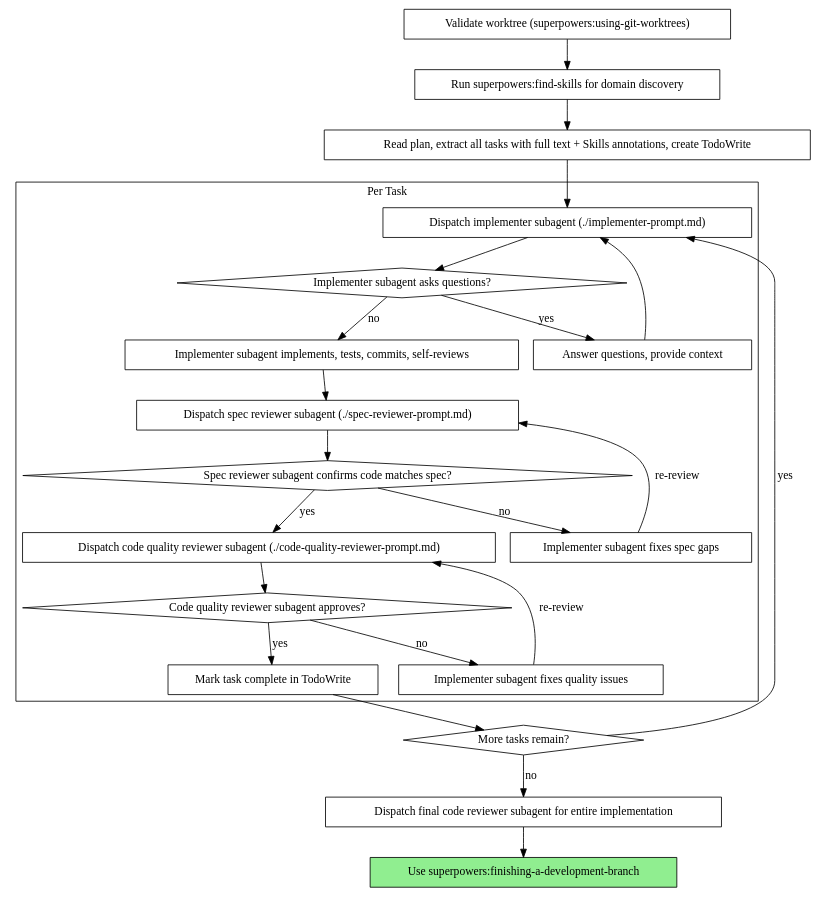
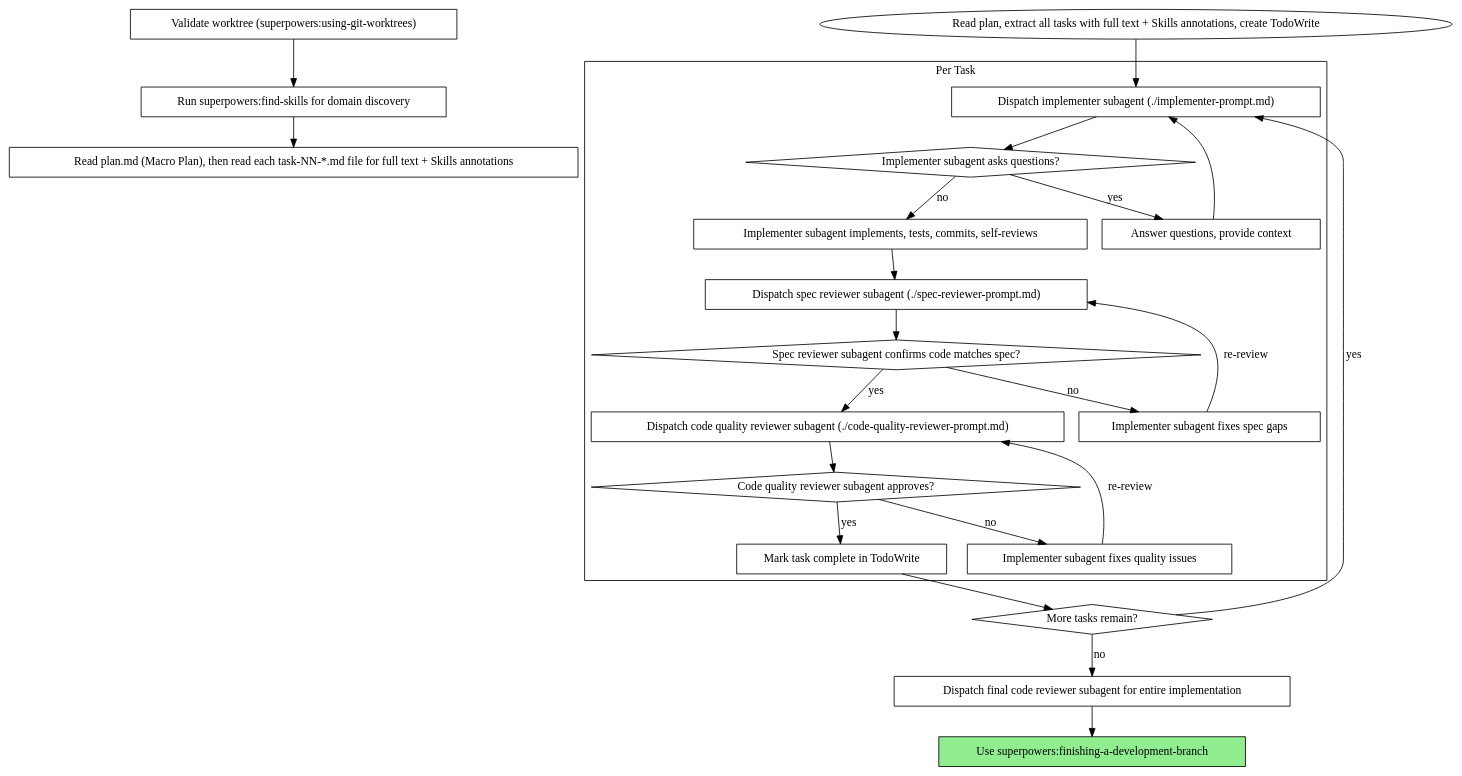
One commit to ivomiyashiro/ivos-skills changed the second of 2 diagrams in skills/subagent-driven-development/SKILL.md. Above: the diagram before and after it, drawn with Graphviz. The commit also changed other lines of this file and 6 other files, not shown here.

First line of the commit message:
feat: split plans into macro plan + individual task files

````diff
--- a/skills/subagent-driven-development/SKILL.md
+++ b/skills/subagent-driven-development/SKILL.md
@@ -44,49 +44,49 @@
 ```dot
 digraph process {
     rankdir=TB;
 
     "Validate worktree (superpowers:using-git-worktrees)" [shape=box];
     "Run superpowers:find-skills for domain discovery" [shape=box];
-    "Read plan, extract all tasks with full text + Skills annotations, create TodoWrite" [shape=box];
+    "Read plan.md (Macro Plan), then read each task-NN-*.md file for full text + Skills annotations" [shape=box];
 
     subgraph cluster_per_task {
         label="Per Task";
         "Dispatch implementer subagent (./implementer-prompt.md)" [shape=box];
         "Implementer subagent asks questions?" [shape=diamond];
         "Answer questions, provide context" [shape=box];
         "Implementer subagent implements, tests, commits, self-reviews" [shape=box];
         "Dispatch spec reviewer subagent (./spec-reviewer-prompt.md)" [shape=box];
         "Spec reviewer subagent confirms code matches spec?" [shape=diamond];
         "Implementer subagent fixes spec gaps" [shape=box];
         "Dispatch code quality reviewer subagent (./code-quality-reviewer-prompt.md)" [shape=box];
         "Code quality reviewer subagent approves?" [shape=diamond];
         "Implementer subagent fixes quality issues" [shape=box];
         "Mark task complete in TodoWrite" [shape=box];
     }
 
     "More tasks remain?" [shape=diamond];
     "Dispatch final code reviewer subagent for entire implementation" [shape=box];
     "Use superpowers:finishing-a-development-branch" [shape=box style=filled fillcolor=lightgreen];
 
     "Validate worktree (superpowers:using-git-worktrees)" -> "Run superpowers:find-skills for domain discovery";
-    "Run superpowers:find-skills for domain discovery" -> "Read plan, extract all tasks with full text + Skills annotations, create TodoWrite";
+    "Run superpowers:find-skills for domain discovery" -> "Read plan.md (Macro Plan), then read each task-NN-*.md file for full text + Skills annotations";
     "Read plan, extract all tasks with full text + Skills annotations, create TodoWrite" -> "Dispatch implementer subagent (./implementer-prompt.md)";
     "Dispatch implementer subagent (./implementer-prompt.md)" -> "Implementer subagent asks questions?";
     "Implementer subagent asks questions?" -> "Answer questions, provide context" [label="yes"];
     "Answer questions, provide context" -> "Dispatch implementer subagent (./implementer-prompt.md)";
     "Implementer subagent asks questions?" -> "Implementer subagent implements, tests, commits, self-reviews" [label="no"];
     "Implementer subagent implements, tests, commits, self-reviews" -> "Dispatch spec reviewer subagent (./spec-reviewer-prompt.md)";
     "Dispatch spec reviewer subagent (./spec-reviewer-prompt.md)" -> "Spec reviewer subagent confirms code matches spec?";
     "Spec reviewer subagent confirms code matches spec?" -> "Implementer subagent fixes spec gaps" [label="no"];
     "Implementer subagent fixes spec gaps" -> "Dispatch spec reviewer subagent (./spec-reviewer-prompt.md)" [label="re-review"];
     "Spec reviewer subagent confirms code matches spec?" -> "Dispatch code quality reviewer subagent (./code-quality-reviewer-prompt.md)" [label="yes"];
     "Dispatch code quality reviewer subagent (./code-quality-reviewer-prompt.md)" -> "Code quality reviewer subagent approves?";
     "Code quality reviewer subagent approves?" -> "Implementer subagent fixes quality issues" [label="no"];
     "Implementer subagent fixes quality issues" -> "Dispatch code quality reviewer subagent (./code-quality-reviewer-prompt.md)" [label="re-review"];
     "Code quality reviewer subagent approves?" -> "Mark task complete in TodoWrite" [label="yes"];
     "Mark task complete in TodoWrite" -> "More tasks remain?";
     "More tasks remain?" -> "Dispatch implementer subagent (./implementer-prompt.md)" [label="yes"];
     "More tasks remain?" -> "Dispatch final code reviewer subagent for entire implementation" [label="no"];
     "Dispatch final code reviewer subagent for entire implementation" -> "Use superpowers:finishing-a-development-branch";
 }
 ```
````
